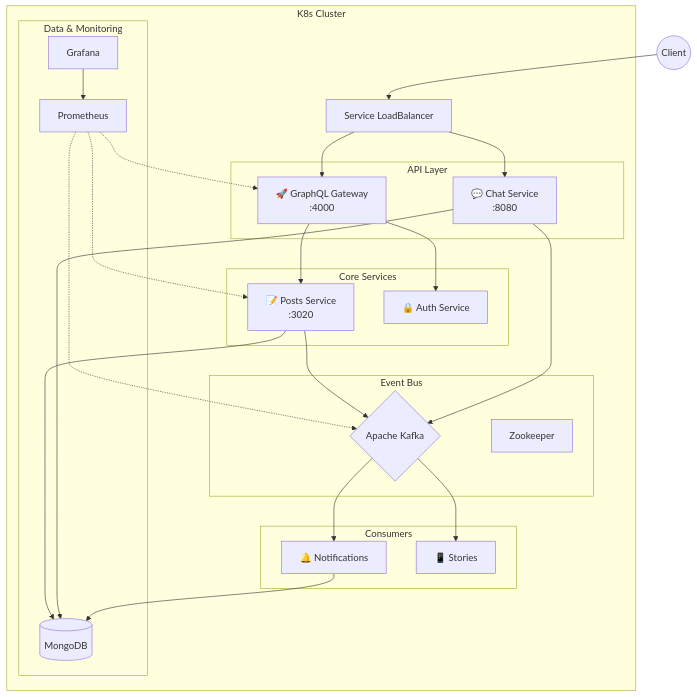
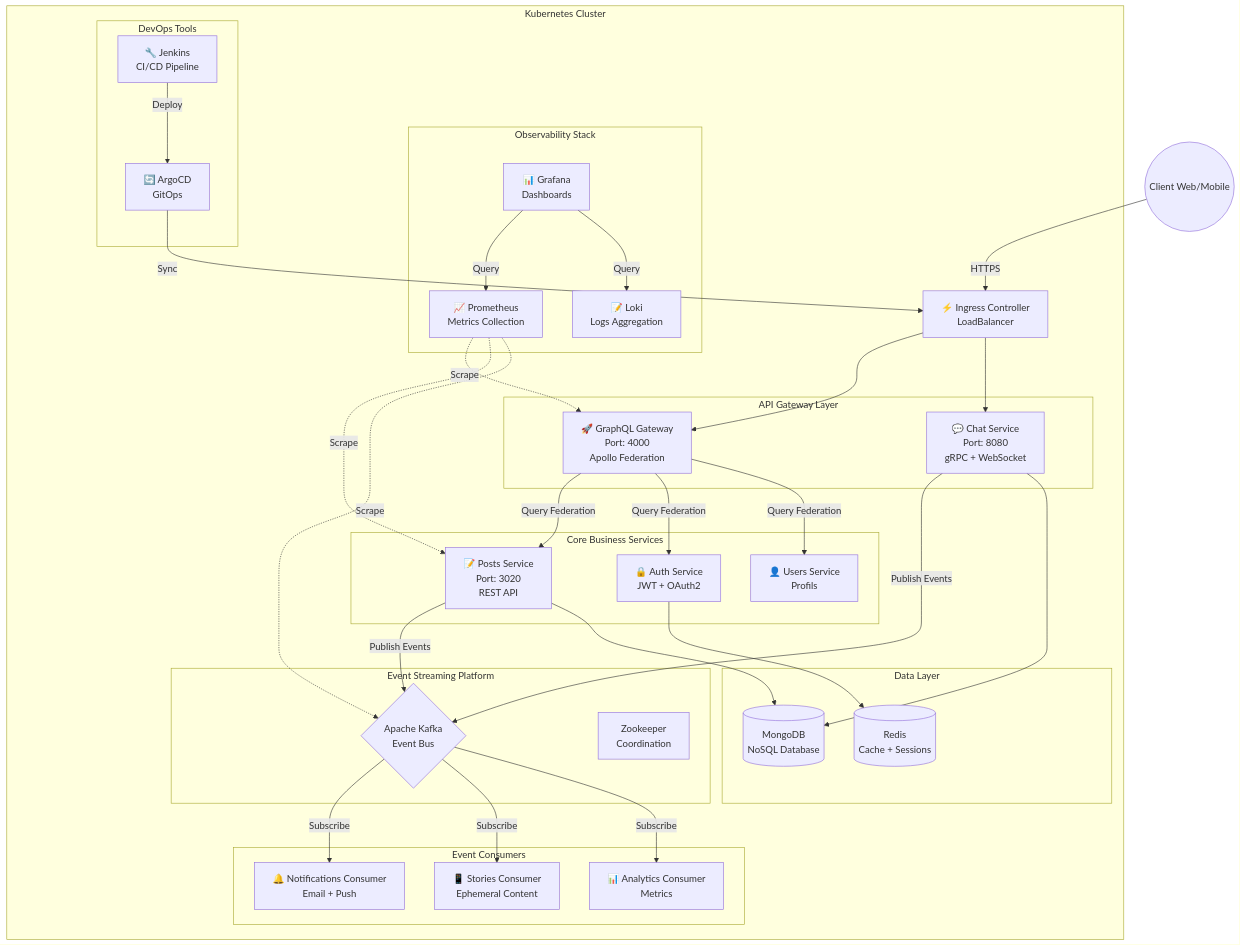
The diagram in README.md (rania290/projet-micro), drawn with Mermaid before and after one commit. The commit also changed other lines of this file, not shown here.

````diff
--- a/README.md
+++ b/README.md
@@ -12,56 +58,74 @@
 ```mermaid
 graph TB
-    Client((Client))
+    Client((Client Web/Mobile))
     
-    subgraph "K8s Cluster"
-        Ingress[Service LoadBalancer]
+    subgraph "Kubernetes Cluster"
+        Ingress[⚡ Ingress Controller<br/>LoadBalancer]
         
-        subgraph "API Layer"
-            GraphQL[🚀 GraphQL Gateway<br/>:4000]
-            ChatAPI[💬 Chat Service<br/>:8080]
+        subgraph "API Gateway Layer"
+            GraphQL[🚀 GraphQL Gateway<br/>Port: 4000<br/>Apollo Federation]
+            ChatAPI[💬 Chat Service<br/>Port: 8080<br/>gRPC + WebSocket]
         end
         
-        subgraph "Core Services"
-            Posts[📝 Posts Service<br/>:3020]
-            Auth[🔒 Auth Service]
+        subgraph "Core Business Services"
+            Posts[📝 Posts Service<br/>Port: 3020<br/>REST API]
+            Auth[🔒 Auth Service<br/>JWT + OAuth2]
+            Users[👤 Users Service<br/>Profils]
         end
         
-        subgraph "Event Bus"
-            Kafka{Apache Kafka}
-            Zookeeper[Zookeeper]
+        subgraph "Event Streaming Platform"
+            Kafka{Apache Kafka<br/>Event Bus}
+            Zookeeper[Zookeeper<br/>Coordination]
         end
         
-        subgraph "Consumers"
-            Notif[🔔 Notifications]
-            Stories[📱 Stories]
+        subgraph "Event Consumers"
+            Notif[🔔 Notifications Consumer<br/>Email + Push]
+            Stories[📱 Stories Consumer<br/>Ephemeral Content]
+            Analytics[📊 Analytics Consumer<br/>Metrics]
         end
         
-        subgraph "Data & Monitoring"
-            Mongo[(MongoDB)]
-            Prom[Prometheus]
-            Graf[Grafana]
+        subgraph "Data Layer"
+            Mongo[(MongoDB<br/>NoSQL Database)]
+            Redis[(Redis<br/>Cache + Sessions)]
+        end
+        
+        subgraph "Observability Stack"
+            Prom[📈 Prometheus<br/>Metrics Collection]
+            Graf[📊 Grafana<br/>Dashboards]
+            Loki[📝 Loki<br/>Logs Aggregation]
+        end
+        
+        subgraph "DevOps Tools"
+            Jenkins[🔧 Jenkins<br/>CI/CD Pipeline]
+            ArgoCD[🔄 ArgoCD<br/>GitOps]
         end
     end
 
-    Client --> Ingress
+    Client -->|HTTPS| Ingress
     Ingress --> GraphQL
     Ingress --> ChatAPI
     
-    GraphQL --> Posts
-    GraphQL --> Auth
+    GraphQL -->|Query Federation| Posts
+    GraphQL -->|Query Federation| Auth
+    GraphQL -->|Query Federation| Users
     
-    Posts --> Kafka
-    ChatAPI --> Kafka
+    Posts -->|Publish Events| Kafka
+    ChatAPI -->|Publish Events| Kafka
     
-    Kafka --> Notif
-    Kafka --> Stories
+    Kafka -->|Subscribe| Notif
+    Kafka -->|Subscribe| Stories
+    Kafka -->|Subscribe| Analytics
     
     Posts --> Mongo
     ChatAPI --> Mongo
-    Notif --> Mongo
+    Auth --> Redis
     
-    Prom -.-> GraphQL
-    Prom -.-> Posts
-    Prom -.-> Kafka
-    Graf --> Prom
+    Prom -.->|Scrape| GraphQL
+    Prom -.->|Scrape| Posts
+    Prom -.->|Scrape| Kafka
+    Graf -->|Query| Prom
+    Graf -->|Query| Loki
+    
+    Jenkins -->|Deploy| ArgoCD
+    ArgoCD -->|Sync| Ingress
 ```
````
